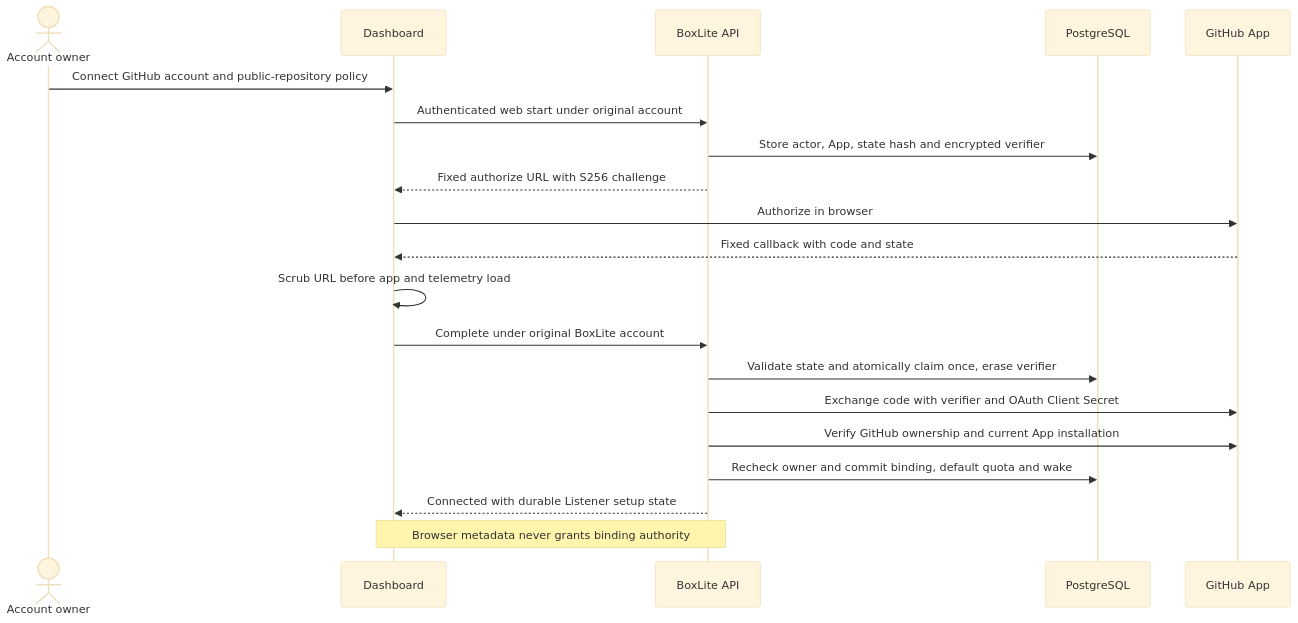
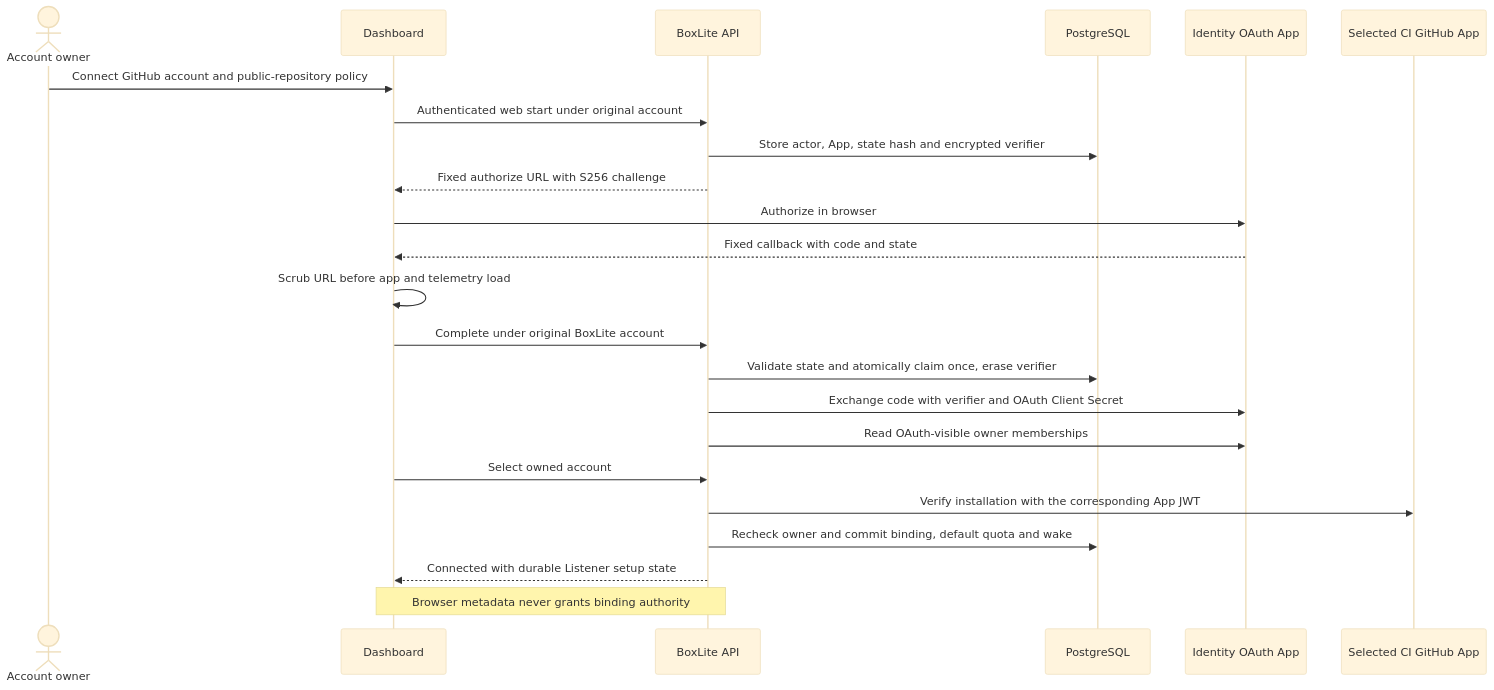
One commit to boxlite-ai/boxlite changed the diagram in apps/dashboard/README.md. Above: the diagram before and after it, drawn with Mermaid (base theme). The commit also changed other lines of this file and 34 other files, not shown here.

First line of the commit message:
feat(ci): connect owned GitHub accounts through identity OAuth

````diff
--- a/apps/dashboard/README.md
+++ b/apps/dashboard/README.md
@@ -572,22 +584,25 @@
 ```mermaid
 sequenceDiagram
     actor U as Account owner
     participant D as Dashboard
     participant A as BoxLite API
     participant P as PostgreSQL
-    participant G as GitHub App
+    participant G as Identity OAuth App
+    participant C as Selected CI GitHub App
     U->>D: Connect GitHub account and public-repository policy
     D->>A: Authenticated web start under original account
     A->>P: Store actor, App, state hash and encrypted verifier
     A-->>D: Fixed authorize URL with S256 challenge
     D->>G: Authorize in browser
     G-->>D: Fixed callback with code and state
     D->>D: Scrub URL before app and telemetry load
     D->>A: Complete under original BoxLite account
     A->>P: Validate state and atomically claim once, erase verifier
     A->>G: Exchange code with verifier and OAuth Client Secret
-    A->>G: Verify GitHub ownership and current App installation
+    A->>G: Read OAuth-visible owner memberships
+    D->>A: Select owned account
+    A->>C: Verify installation with the corresponding App JWT
     A->>P: Recheck owner and commit binding, default quota and wake
     A-->>D: Connected with durable Listener setup state
     Note over D,A: Browser metadata never grants binding authority
 ```
````
